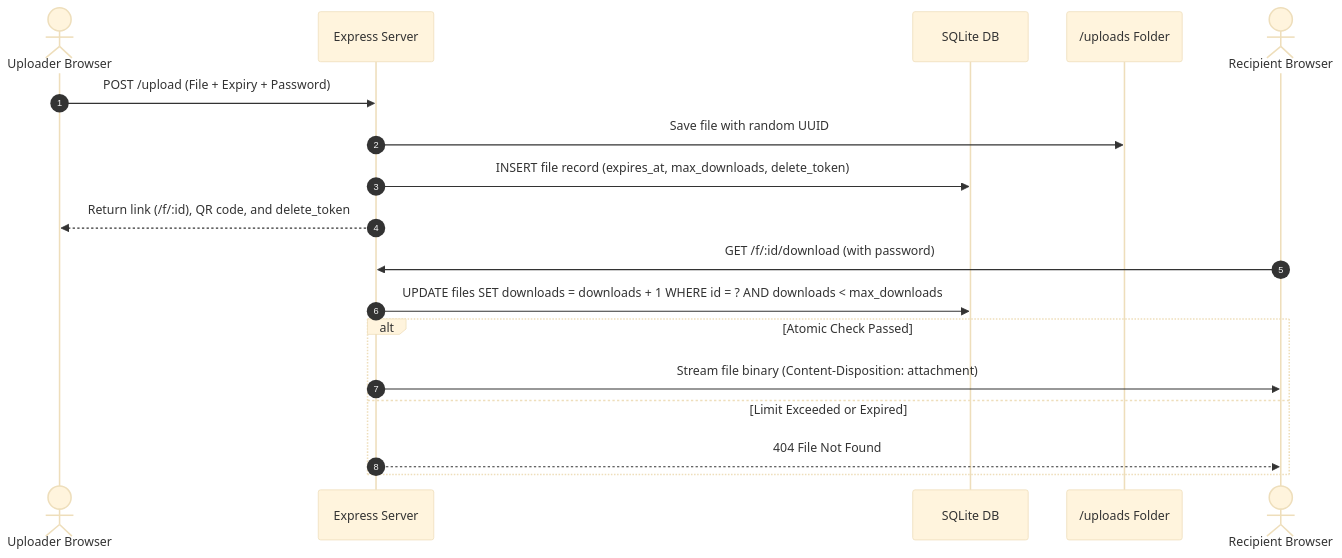
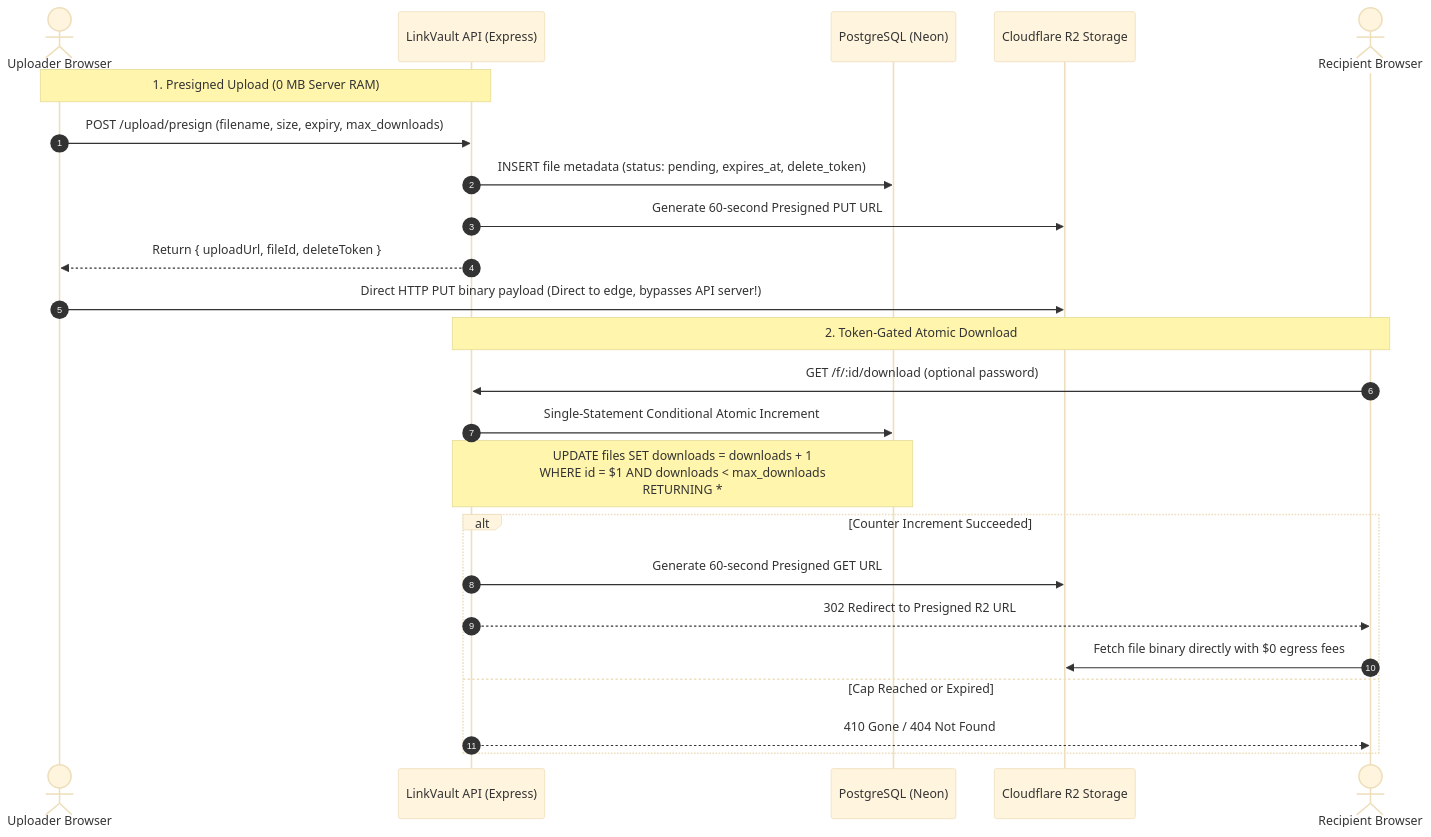
One commit to HarK-github/LinkVault changed the diagram in README.md. Above: the diagram before and after it, drawn with Mermaid (base theme). The commit also changed other lines of this file and 26 other files, not shown here.

Commit message:
feat: align architecture with PostgreSQL, S3-compatible offload (Cloudflare R2 & Supabase), and atomic concurrency controls

````diff
--- a/README.md
+++ b/README.md
@@ -127,22 +50,28 @@
 ```mermaid
 sequenceDiagram
     autonumber
     actor Uploader as Uploader Browser
-    participant Server as Express Server
-    participant DB as SQLite DB
-    participant Disk as /uploads Folder
+    participant API as LinkVault API (Express)
+    participant DB as PostgreSQL (Neon)
+    participant R2 as Cloudflare R2 Storage
     actor Downloader as Recipient Browser
 
-    Uploader->>Server: POST /upload (File + Expiry + Password)
-    Server->>Disk: Save file with random UUID
-    Server->>DB: INSERT file record (expires_at, max_downloads, delete_token)
-    Server-->>Uploader: Return link (/f/:id), QR code, and delete_token
+    Note over Uploader,API: 1. Presigned Upload (0 MB Server RAM)
+    Uploader->>API: POST /upload/presign (filename, size, expiry, max_downloads)
+    API->>DB: INSERT file metadata (status: pending, expires_at, delete_token)
+    API->>R2: Generate 60-second Presigned PUT URL
+    API-->>Uploader: Return { uploadUrl, fileId, deleteToken }
+    Uploader->>R2: Direct HTTP PUT binary payload (Direct to edge, bypasses API server!)
 
-    Downloader->>Server: GET /f/:id/download (with password)
-    Server->>DB: UPDATE files SET downloads = downloads + 1 WHERE id = ? AND downloads < max_downloads
-    alt Atomic Check Passed
-        Server->>Downloader: Stream file binary (Content-Disposition: attachment)
-    else Limit Exceeded or Expired
-        Server-->>Downloader: 404 File Not Found
+    Note over Downloader,API: 2. Token-Gated Atomic Download
+    Downloader->>API: GET /f/:id/download (optional password)
+    API->>DB: Single-Statement Conditional Atomic Increment
+    Note over API,DB: UPDATE files SET downloads = downloads + 1<br/>WHERE id = $1 AND downloads < max_downloads<br/>RETURNING *;
+    alt Counter Increment Succeeded
+        API->>R2: Generate 60-second Presigned GET URL
+        API-->>Downloader: 302 Redirect to Presigned R2 URL
+        Downloader->>R2: Fetch file binary directly with $0 egress fees
+    else Cap Reached or Expired
+        API-->>Downloader: 410 Gone / 404 Not Found
     end
 ```
````
